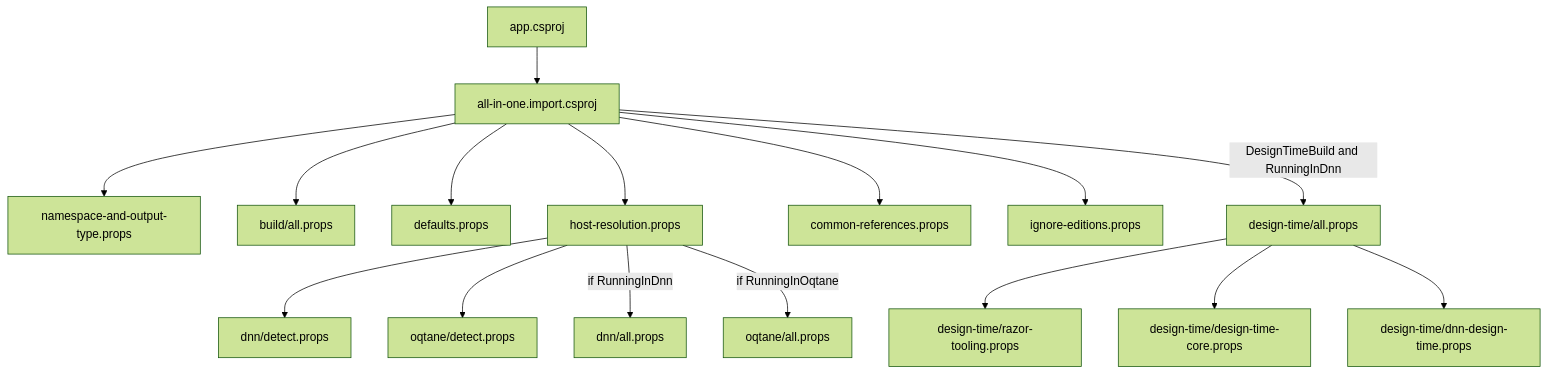
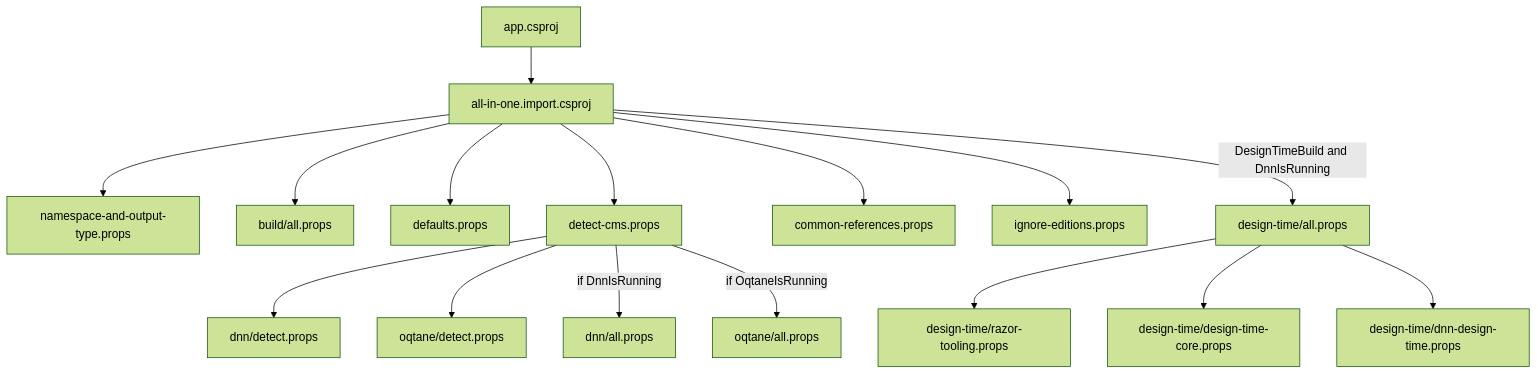
One commit to 2sxc-apps/app-extension-dotnet-project changed the first of 3 diagrams in readme.md. Above: the diagram before and after it, drawn with Mermaid (forest theme). The commit also changed other lines of this file and 14 other files, not shown here.

````diff
--- a/readme.md
+++ b/readme.md
@@ -171,21 +171,21 @@
 ```mermaid
 flowchart TD
     APP[app.csproj] --> ROOT[all-in-one.import.csproj]
 
     ROOT --> NS[namespace-and-output-type.props]
     ROOT --> BUILD[build/all.props]
     ROOT --> DEF[defaults.props]
-    ROOT --> HOST[host-resolution.props]
+    ROOT --> HOST[detect-cms.props]
     ROOT --> COMMON[common-references.props]
     ROOT --> EDIT[ignore-editions.props]
-    ROOT -->|DesignTimeBuild and RunningInDnn| DT[design-time/all.props]
+    ROOT -->|DesignTimeBuild and DnnIsRunning| DT[design-time/all.props]
 
     HOST --> DNNDET[dnn/detect.props]
     HOST --> OQTDET[oqtane/detect.props]
-    HOST -->|if RunningInDnn| DNN[dnn/all.props]
-    HOST -->|if RunningInOqtane| OQT[oqtane/all.props]
+    HOST -->|if DnnIsRunning| DNN[dnn/all.props]
+    HOST -->|if OqtaneIsRunning| OQT[oqtane/all.props]
 
     DT --> RAZOR[design-time/razor-tooling.props]
     DT --> DTCORE[design-time/design-time-core.props]
     DT --> DTDNN[design-time/dnn-design-time.props]
 ```
````
